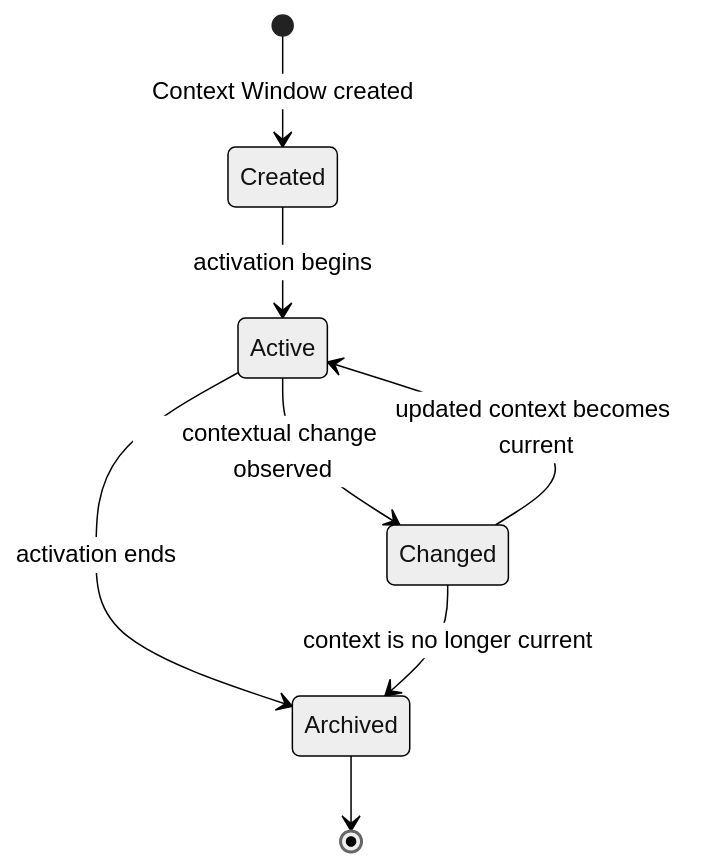
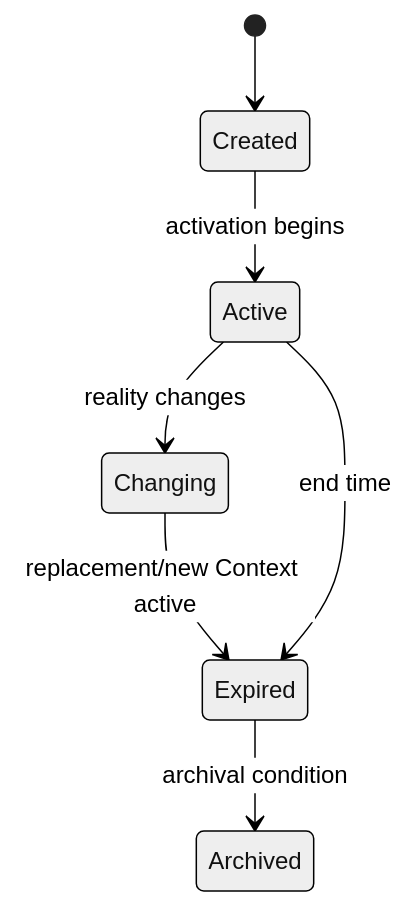
Before and after one commit to adsecurto-boop/PAIOS: the third of 7 diagrams in docs/behavioral/STATE_MACHINES.md, drawn with Mermaid (neutral theme). The commit also changed other lines of this file and 6 other files, not shown here.

Commit message:
v0.2.0 - Workplace testing updates before Claude architecture session

````diff
--- a/docs/behavioral/STATE_MACHINES.md
+++ b/docs/behavioral/STATE_MACHINES.md
@@ -179,10 +139,9 @@
 ```mermaid
 stateDiagram-v2
-    [*] --> Created: Context Window created
+    [*] --> Created
     Created --> Active: activation begins
-    Active --> Changed: contextual change observed
-    Changed --> Active: updated context becomes current
-    Active --> Archived: activation ends
-    Changed --> Archived: context is no longer current
-    Archived --> [*]
+    Active --> Changing: reality changes
+    Changing --> Expired: replacement/new Context active
+    Active --> Expired: end time
+    Expired --> Archived: archival condition
 ```
````
